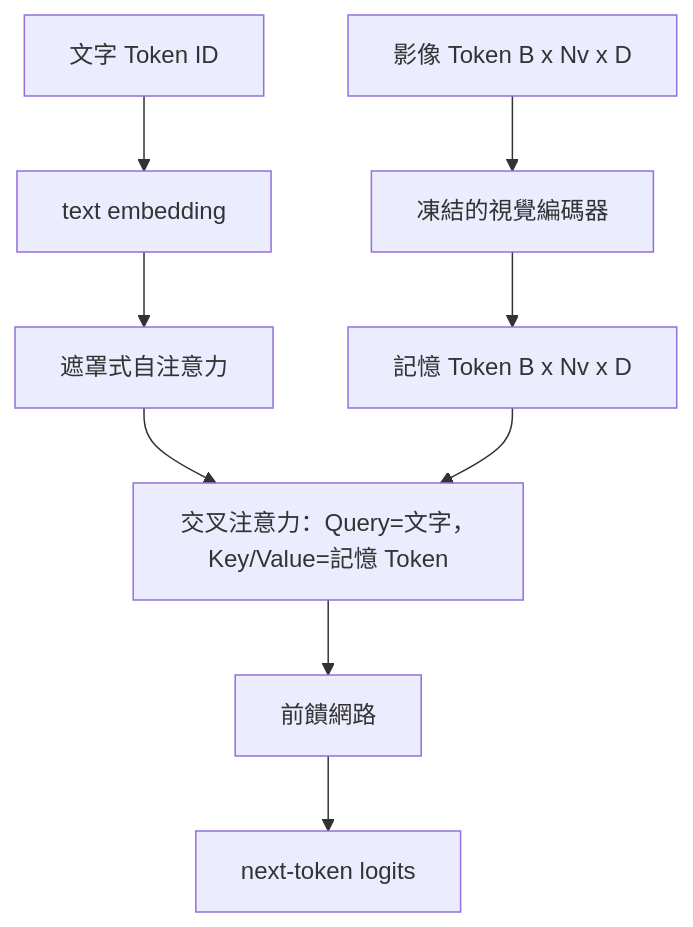
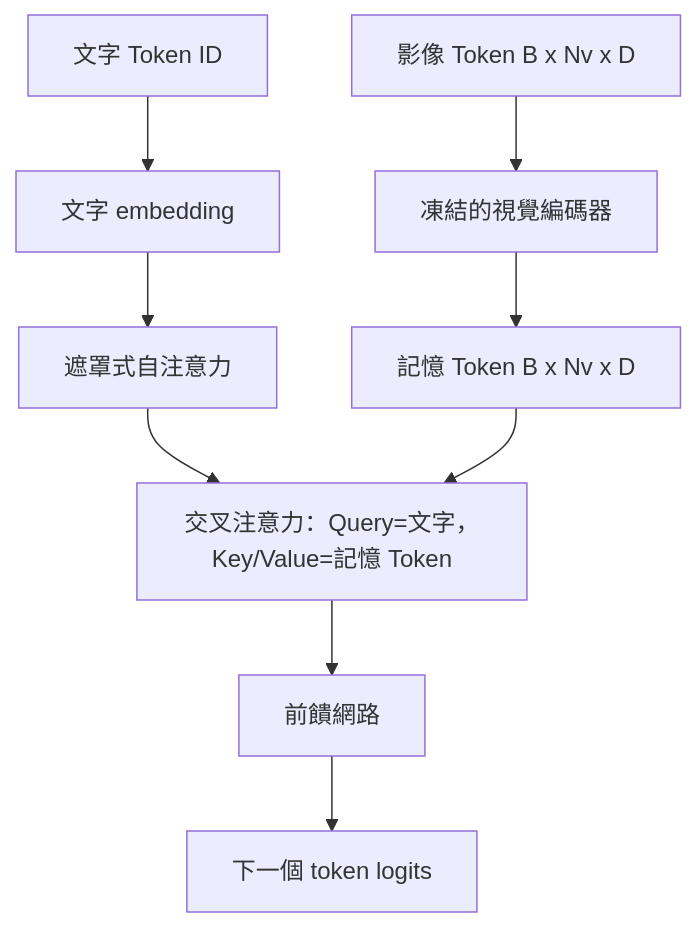
The first of 2 diagrams in i18n/zh-TW/phases/19-capstone-projects/61-cross-attention-fusion/docs/zh-TW.md (edward821220/ai-engineering-from-scratch), drawn with Mermaid before and after one commit. The commit also changed other lines of this file and 78 other files, not shown here.

````diff
--- a/i18n/zh-TW/phases/19-capstone-projects/61-cross-attention-fusion/docs/zh-TW.md
+++ b/i18n/zh-TW/phases/19-capstone-projects/61-cross-attention-fusion/docs/zh-TW.md
@@ -25,11 +25,11 @@
 ```mermaid
 flowchart TB
   Image[影像 Token B x Nv x D] --> Vis[凍結的視覺編碼器]
   Vis --> Mem[記憶 Token B x Nv x D]
-  Text[文字 Token ID] --> Emb[text embedding]
+  Text[文字 Token ID] --> Emb[文字 embedding]
   Emb --> Self[遮罩式自注意力]
   Self --> Cross[交叉注意力：Query=文字，Key/Value=記憶 Token]
   Cross --> FFN[前饋網路]
-  FFN --> Out[next-token logits]
+  FFN --> Out[下一個 token logits]
   Mem --> Cross
 ```
````
